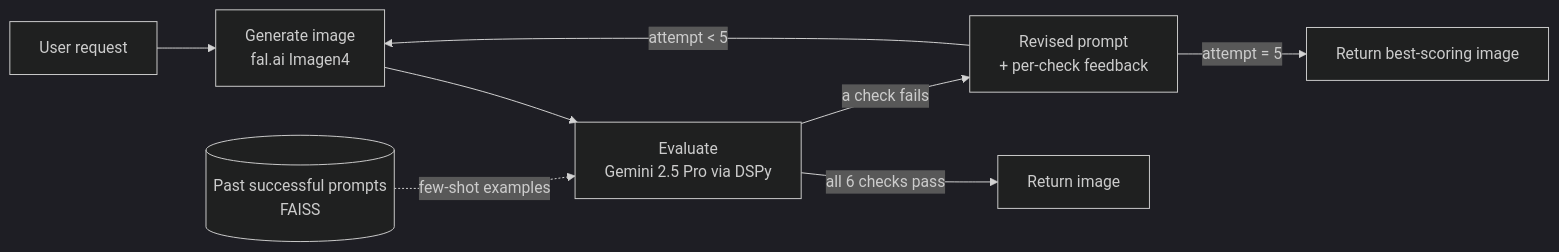
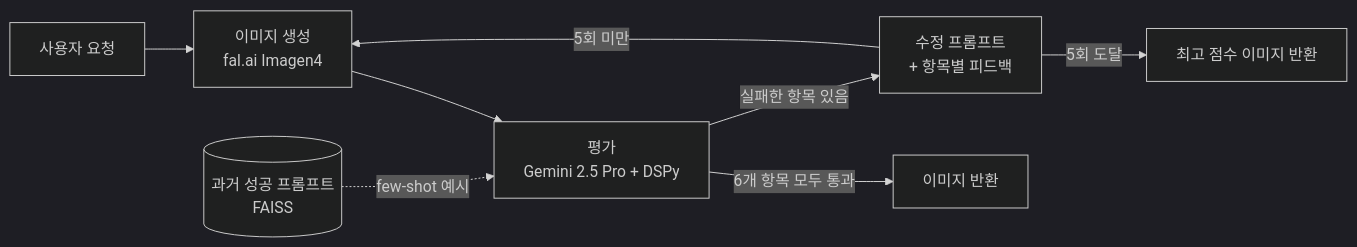
The diagram in README.md (kdlee02/text2image_generation), drawn with Mermaid (dark theme) before and after one commit. The commit also changed other lines of this file, not shown here.

````diff
--- a/README.md
+++ b/README.md
@@ -10,10 +10,10 @@
 ```mermaid
 flowchart LR
-    A[User request] --> B[Generate image<br/>fal.ai Imagen4]
-    B --> C[Evaluate<br/>Gemini 2.5 Pro via DSPy]
-    C -->|all 6 checks pass| D[Return image]
-    C -->|a check fails| E[Revised prompt<br/>+ per-check feedback]
-    E -->|attempt < 5| B
-    E -->|attempt = 5| F[Return best-scoring image]
-    R[(Past successful prompts<br/>FAISS)] -. few-shot examples .-> C
+    A[사용자 요청] --> B[이미지 생성<br/>fal.ai Imagen4]
+    B --> C[평가<br/>Gemini 2.5 Pro + DSPy]
+    C -->|6개 항목 모두 통과| D[이미지 반환]
+    C -->|실패한 항목 있음| E[수정 프롬프트<br/>+ 항목별 피드백]
+    E -->|5회 미만| B
+    E -->|5회 도달| F[최고 점수 이미지 반환]
+    R[(과거 성공 프롬프트<br/>FAISS)] -. few-shot 예시 .-> C
 ```
````
